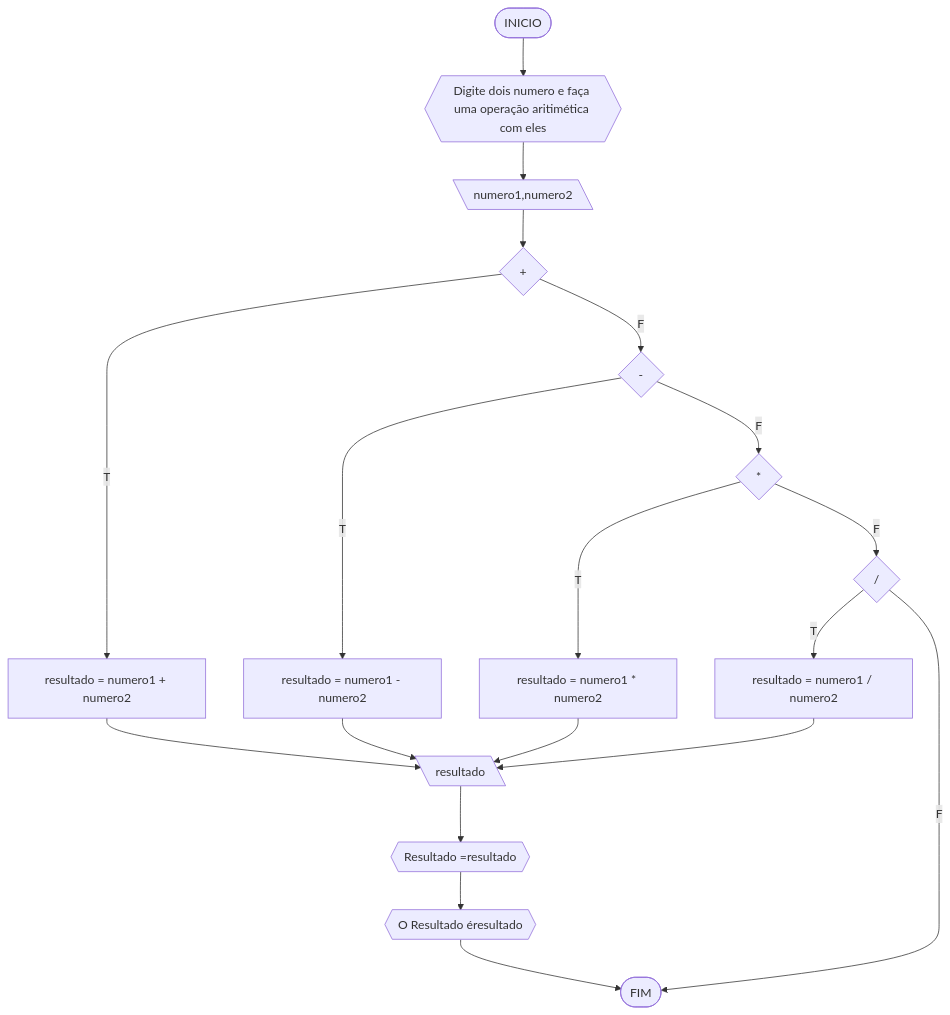
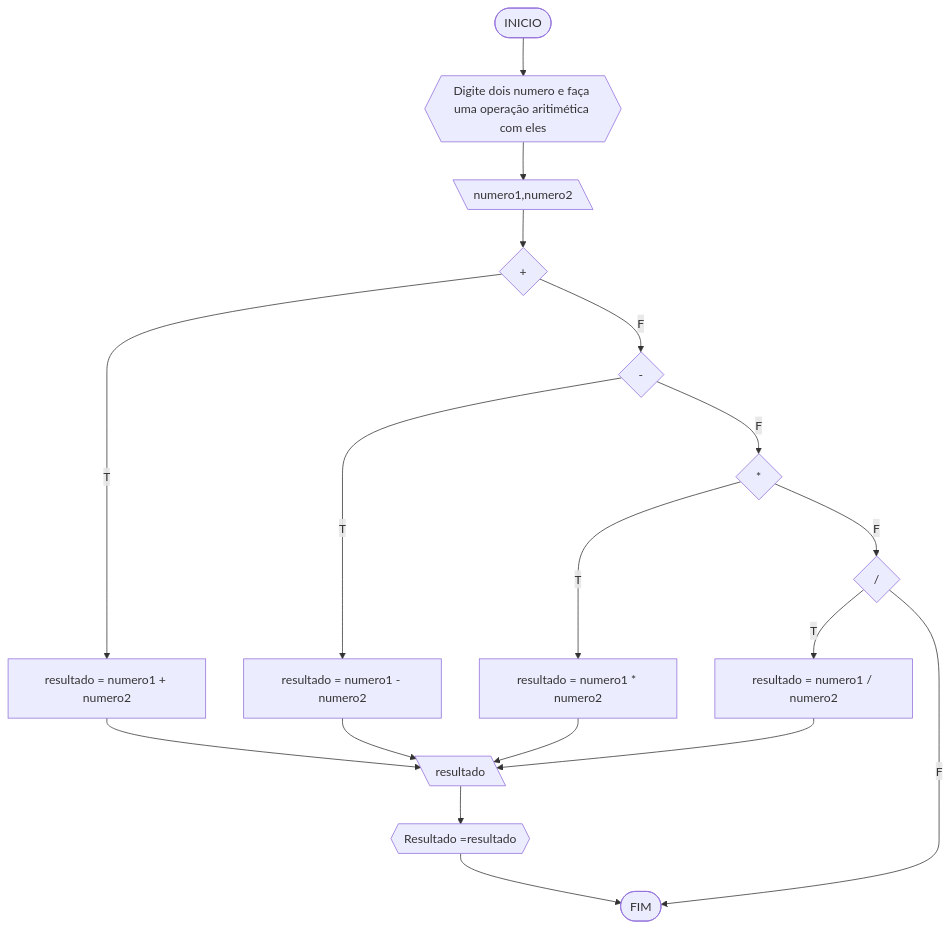
One commit to MozillaFirefox/UNIFOR changed the eighth of 22 diagrams in codigos.md. Above: the diagram before and after it, drawn with Mermaid.

Commit message:
Calculadora complete

````diff
--- a/codigos.md
+++ b/codigos.md
@@ -346,21 +346,20 @@
 ```mermaid
 flowchart TD
 A([INICIO]) --> B{{"Digite dois numero e faça uma operação aritimética com eles"}}
 B-->C[\numero1,numero2\]
 C-->D{+}
 D--T-->E[resultado = numero1 + numero2]
 E-->F[\resultado\]
 F-->G{{"Resultado ="resultado}}
 D--F-->H{-}
 H--T-->I[resultado = numero1 - numero2]
 I-->F
 H--F-->J{*}
 J--T-->K[resultado = numero1 * numero2]
 K-->F
 J--F-->L{/}
 L--T-->M[resultado = numero1 / numero2]
 M-->F
 L--F-->N([FIM])
-G-->O{{"O Resultado é"resultado}}
-O-->N
+G-->N
 ```
````
